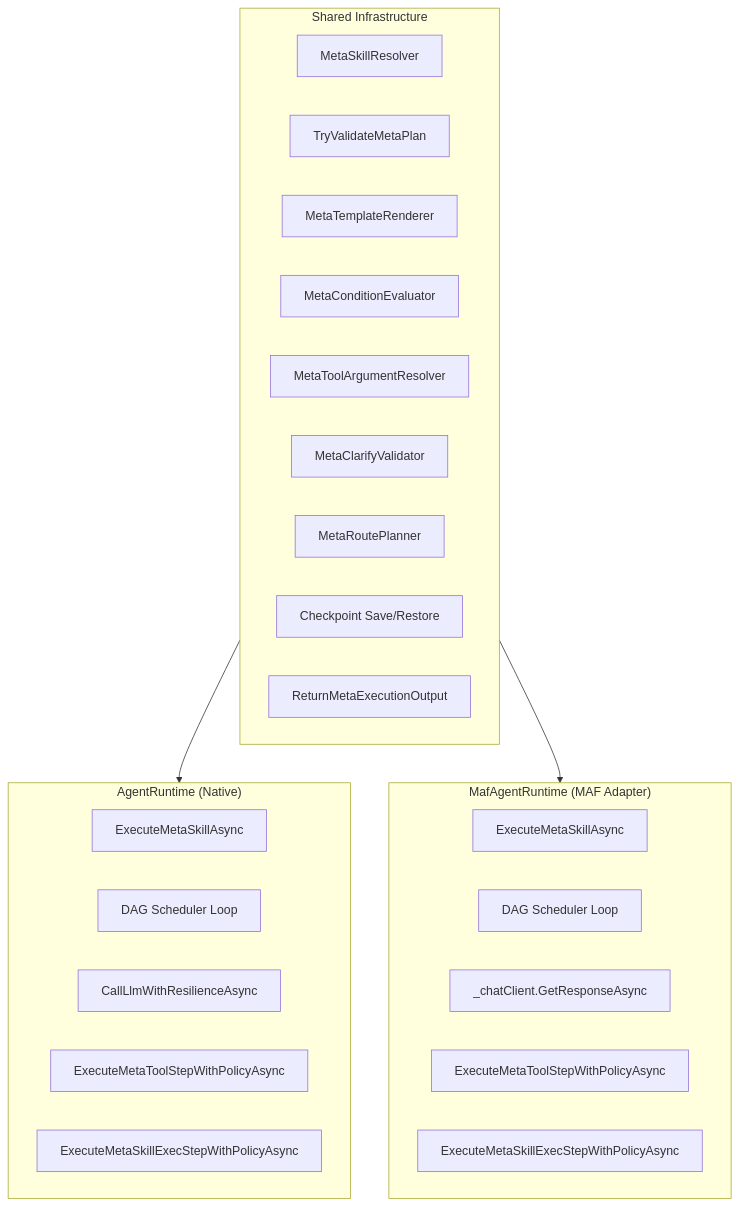
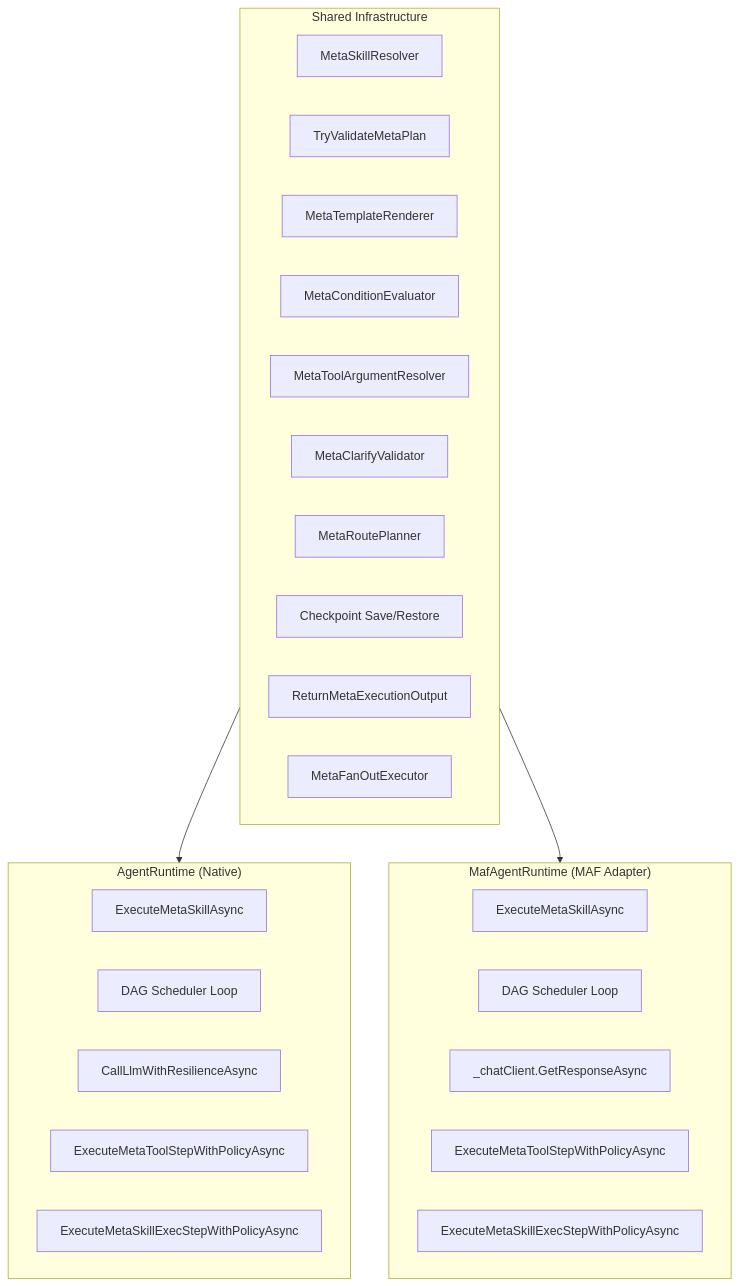
Before and after one commit to clawdotnet/openclaw.net: the second of 6 diagrams in docs/meta-skill-orchestration.md, drawn with Mermaid. The commit also changed other lines of this file and 16 other files, not shown here.

First line of the commit message:
feat: MetaSKILL fan_out 动态步骤生成 + list_tools 运行时工具发现

````diff
--- a/docs/meta-skill-orchestration.md
+++ b/docs/meta-skill-orchestration.md
@@ -289,33 +320,34 @@
 ```mermaid
 flowchart TD
     subgraph Shared["Shared Infrastructure"]
         S1[MetaSkillResolver]
         S2[TryValidateMetaPlan]
         S3[MetaTemplateRenderer]
         S4[MetaConditionEvaluator]
         S5[MetaToolArgumentResolver]
         S6[MetaClarifyValidator]
         S7[MetaRoutePlanner]
         S8[Checkpoint Save/Restore]
         S9[ReturnMetaExecutionOutput]
+        S10[MetaFanOutExecutor]
     end
 
     subgraph AR["AgentRuntime (Native)"]
         A1[ExecuteMetaSkillAsync]
         A2[DAG Scheduler Loop]
         A3[CallLlmWithResilienceAsync]
         A4[ExecuteMetaToolStepWithPolicyAsync]
         A5[ExecuteMetaSkillExecStepWithPolicyAsync]
     end
 
     subgraph MR["MafAgentRuntime (MAF Adapter)"]
         M1[ExecuteMetaSkillAsync]
         M2[DAG Scheduler Loop]
         M3[_chatClient.GetResponseAsync]
         M4[ExecuteMetaToolStepWithPolicyAsync]
         M5[ExecuteMetaSkillExecStepWithPolicyAsync]
     end
 
     Shared --> AR
     Shared --> MR
 ```
````
